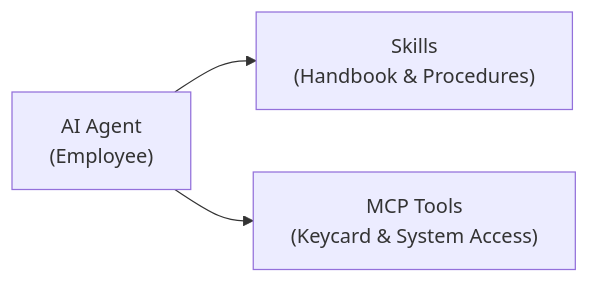
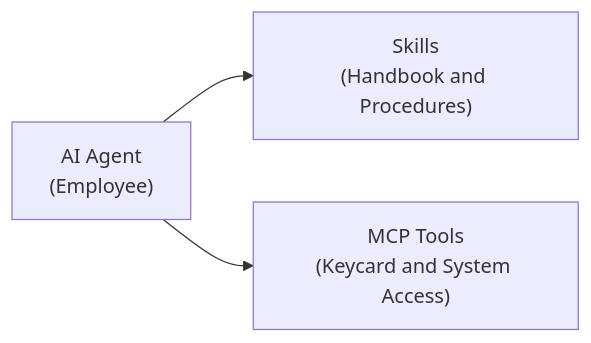
One commit to santoshkkashyap25/santoshkkashyap25.github.io changed the fifth of 5 diagrams in posts/mcp-explained-from-first-principles.md. Above: the diagram before and after it, drawn with Mermaid.

Commit message:
fix(mermaid): sanitize diagram 5 syntax

````diff
--- a/posts/mcp-explained-from-first-principles.md
+++ b/posts/mcp-explained-from-first-principles.md
@@ -419,5 +419,5 @@
 ```mermaid
 flowchart LR
-    A["AI Agent\n(Employee)"] --> B["Skills\n(Handbook & Procedures)"]
-    A --> C["MCP Tools\n(Keycard & System Access)"]
+    A["AI Agent\n(Employee)"] --> B["Skills\n(Handbook and Procedures)"]
+    A --> C["MCP Tools\n(Keycard and System Access)"]
 ```
````
